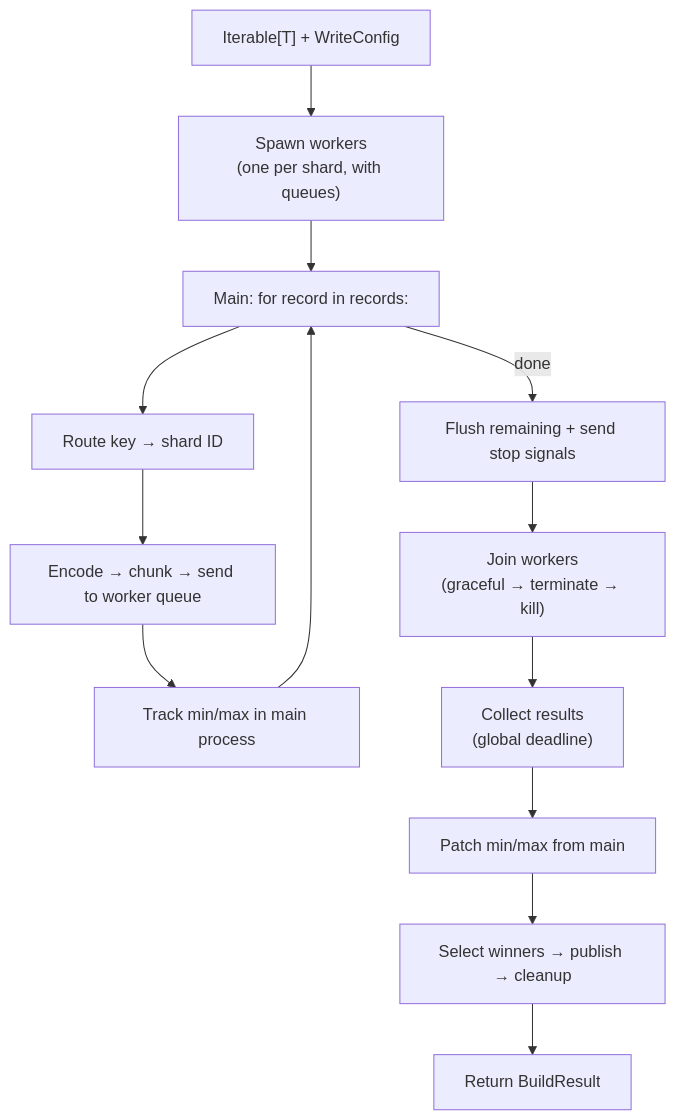
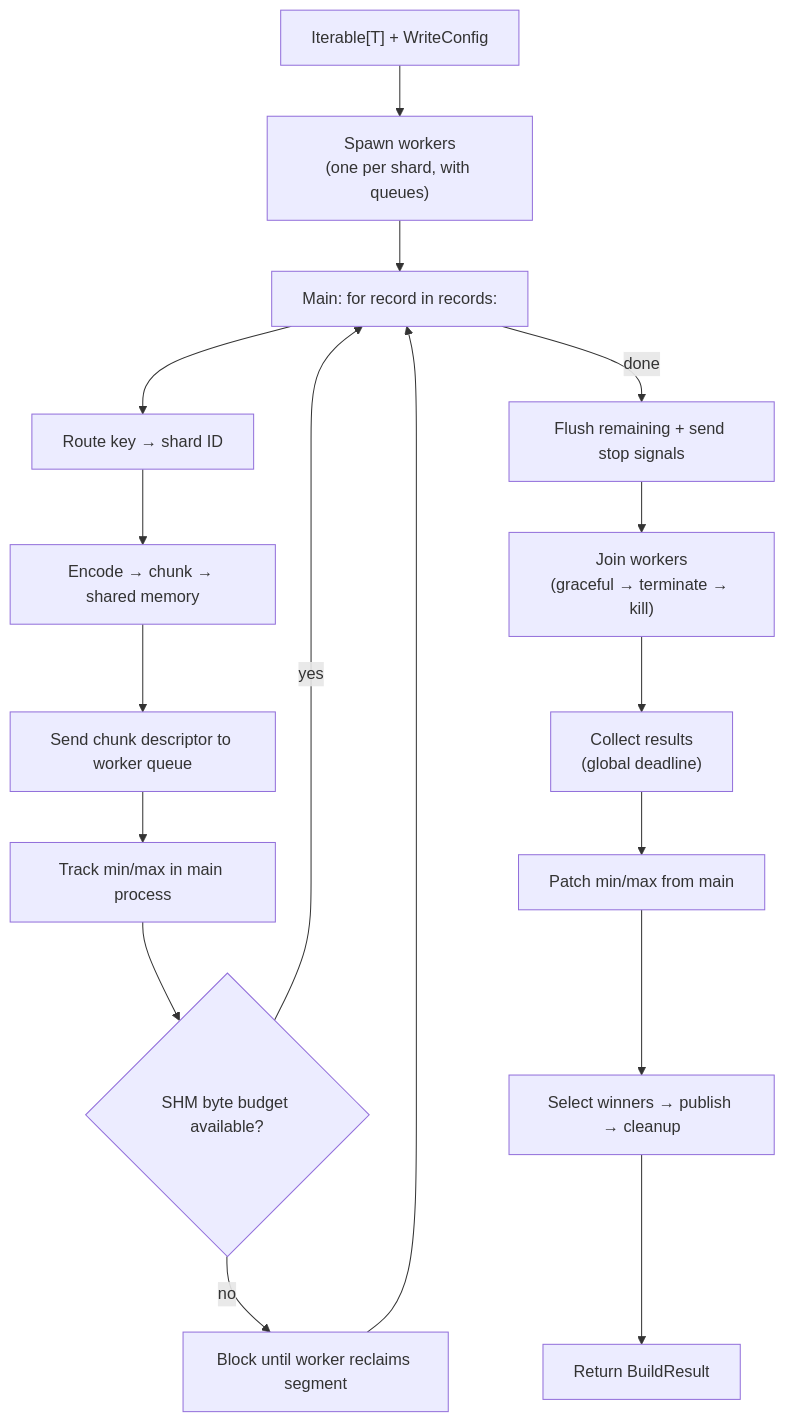
The second of 2 diagrams in docs/writers/python.md (elkin/shardyfusion), drawn with Mermaid before and after one commit. The commit also changed other lines of this file and 19 other files, not shown here.

Commit message:
feat: use shared memory for python parallel writes

````diff
--- a/docs/writers/python.md
+++ b/docs/writers/python.md
@@ -44,15 +44,19 @@
 ```mermaid
 flowchart TD
     A["Iterable[T] + WriteConfig"] --> B["Spawn workers<br/>(one per shard, with queues)"]
     B --> C["Main: for record in records:"]
     C --> D["Route key → shard ID"]
-    D --> E["Encode → chunk → send to worker queue"]
-    E --> F["Track min/max in main process"]
-    F --> C
-    C -->|done| G["Flush remaining + send stop signals"]
-    G --> H["Join workers<br/>(graceful → terminate → kill)"]
-    H --> I["Collect results<br/>(global deadline)"]
-    I --> J["Patch min/max from main"]
-    J --> K["Select winners → publish → cleanup"]
-    K --> L[Return BuildResult]
+    D --> E["Encode → chunk → shared memory"]
+    E --> F["Send chunk descriptor to worker queue"]
+    F --> G["Track min/max in main process"]
+    G --> H{"SHM byte budget available?"}
+    H -->|yes| C
+    H -->|no| I["Block until worker reclaims segment"]
+    I --> C
+    C -->|done| J["Flush remaining + send stop signals"]
+    J --> K["Join workers<br/>(graceful → terminate → kill)"]
+    K --> L["Collect results<br/>(global deadline)"]
+    L --> M["Patch min/max from main"]
+    M --> N["Select winners → publish → cleanup"]
+    N --> O[Return BuildResult]
 ```
````
